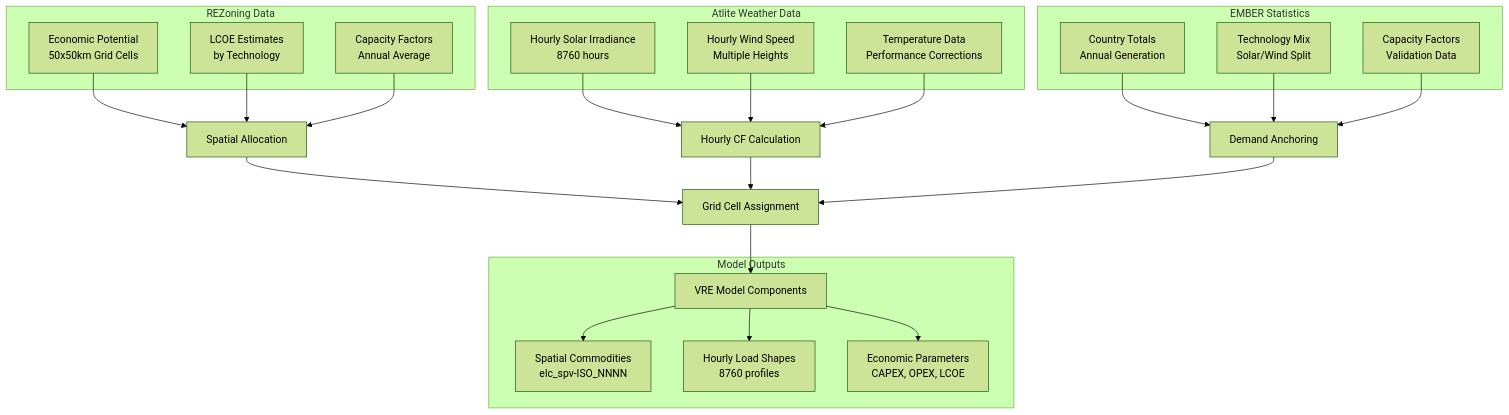
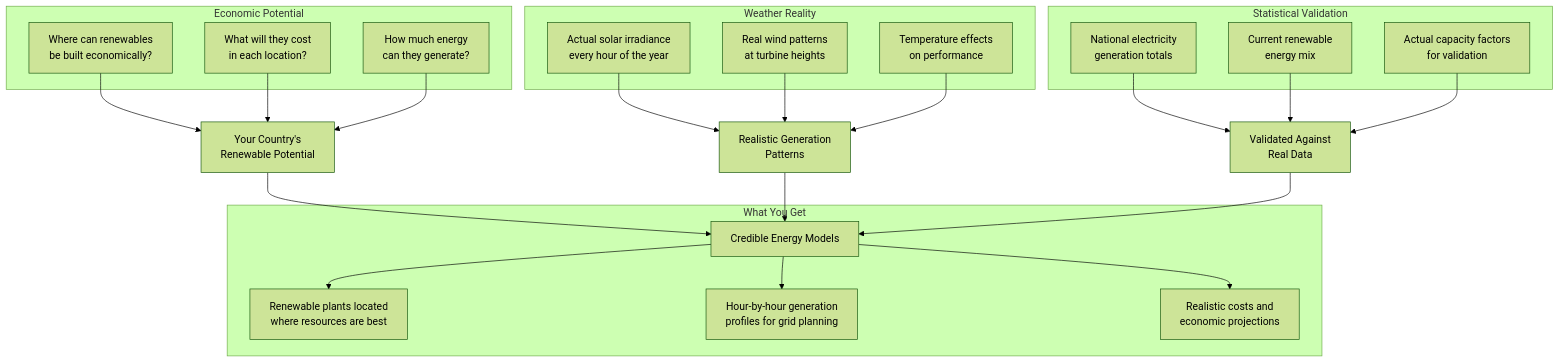
The diagram in data-processing/vre-integration.md (kanors-emr/VerveStacks-docs), drawn with Mermaid (forest theme) before and after one commit. The commit also changed other lines of this file, not shown here.

````diff
--- a/data-processing/vre-integration.md
+++ b/data-processing/vre-integration.md
@@ -16,44 +45,42 @@
 ```{mermaid}
 graph TD
-    subgraph "REZoning Data"
-        A1[Economic Potential<br/>50x50km Grid Cells]
-        A2[LCOE Estimates<br/>by Technology]
-        A3[Capacity Factors<br/>Annual Average]
+    subgraph "Economic Potential"
+        A1[Where can renewables<br/>be built economically?]
+        A2[What will they cost<br/>in each location?]
+        A3[How much energy<br/>can they generate?]
     end
     
-    subgraph "Atlite Weather Data"
-        B1[Hourly Solar Irradiance<br/>8760 hours]
-        B2[Hourly Wind Speed<br/>Multiple Heights]
-        B3[Temperature Data<br/>Performance Corrections]
+    subgraph "Weather Reality"
+        B1[Actual solar irradiance<br/>every hour of the year]
+        B2[Real wind patterns<br/>at turbine heights]
+        B3[Temperature effects<br/>on performance]
     end
     
-    subgraph "EMBER Statistics"
-        C1[Country Totals<br/>Annual Generation]
-        C2[Technology Mix<br/>Solar/Wind Split]
-        C3[Capacity Factors<br/>Validation Data]
+    subgraph "Statistical Validation"
+        C1[National electricity<br/>generation totals]
+        C2[Current renewable<br/>energy mix]
+        C3[Actual capacity factors<br/>for validation]
     end
     
-    A1 --> D[Spatial Allocation]
+    A1 --> D[Your Country's<br/>Renewable Potential]
     A2 --> D
     A3 --> D
     
-    B1 --> E[Hourly CF Calculation]
+    B1 --> E[Realistic Generation<br/>Patterns]
     B2 --> E
     B3 --> E
     
-    C1 --> F[Demand Anchoring]
+    C1 --> F[Validated Against<br/>Real Data]
     C2 --> F
     C3 --> F
     
-    D --> G[Grid Cell Assignment]
+    D --> G[Credible Energy Models]
     E --> G
     F --> G
     
-    G --> H[VRE Model Components]
-    
-    subgraph "Model Outputs"
-        H --> I[Spatial Commodities<br/>elc_spv-ISO_NNNN]
-        H --> J[Hourly Load Shapes<br/>8760 profiles]
-        H --> K[Economic Parameters<br/>CAPEX, OPEX, LCOE]
+    subgraph "What You Get"
+        G --> I[Renewable plants located<br/>where resources are best]
+        G --> J[Hour-by-hour generation<br/>profiles for grid planning]
+        G --> K[Realistic costs and<br/>economic projections]
     end
 ```
````
